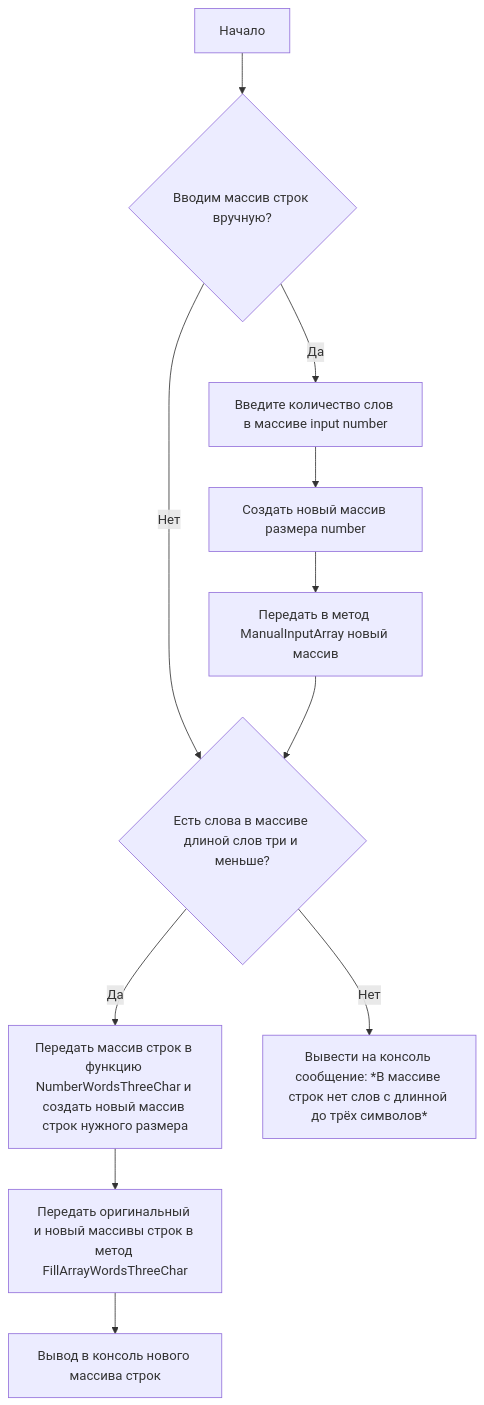
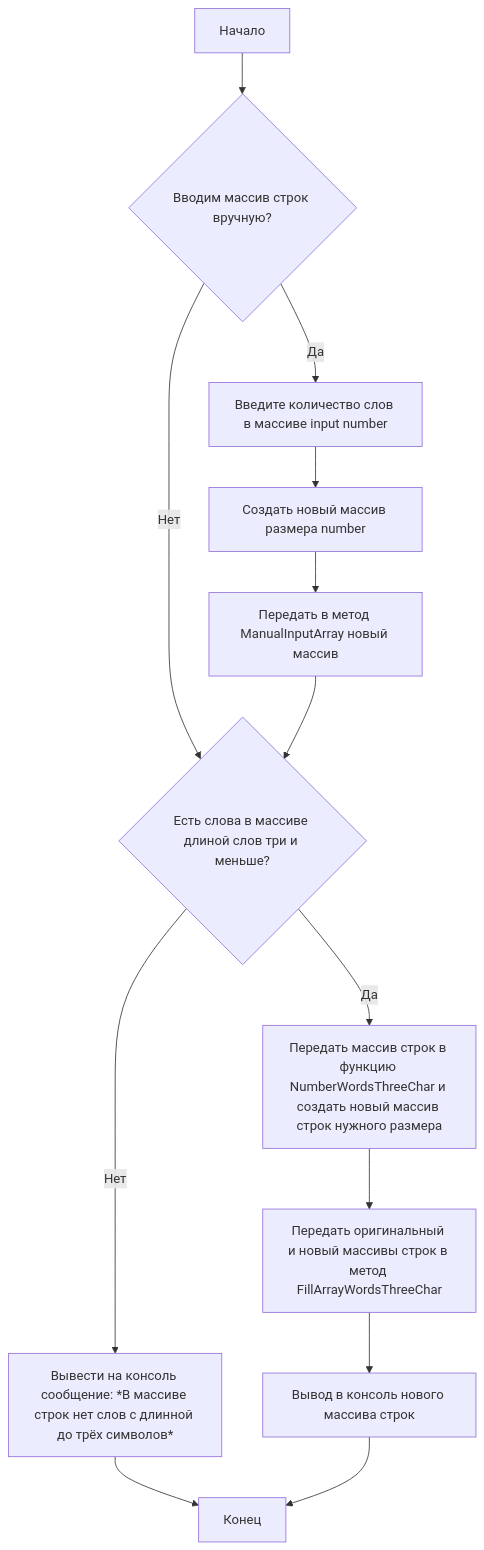
One commit to keknut/GB-Control-First-Quarter changed the diagram in README.md. Above: the diagram before and after it, drawn with Mermaid.

Commit message:
Test mermaid diagrams

````diff
--- a/README.md
+++ b/README.md
@@ -19,13 +19,15 @@
 ```mermaid
   graph TD;
       A[Начало]-->B{Вводим массив строк вручную?};
       B -- Да --> C[Введите количество слов в массиве input number];
       B -- Нет --> D{Есть слова в массиве длиной слов три и меньше?};
       D -- Да --> E[Передать массив строк в функцию NumberWordsThreeChar и создать новый массив строк нужного размера];
       D -- Нет --> F[Вывести на консоль сообщение: *В массиве строк нет слов с длинной до трёх символов*];
       E --> G[Передать оригинальный и новый массивы строк в метод FillArrayWordsThreeChar]
       G --> J[Вывод в консоль нового массива строк]
       C --> H[Создать новый массив размера number]
       H --> K[Передать в метод ManualInputArray новый массив]
       K --> D
+      F --> L[Конец]
+      J --> L
 ```
````
